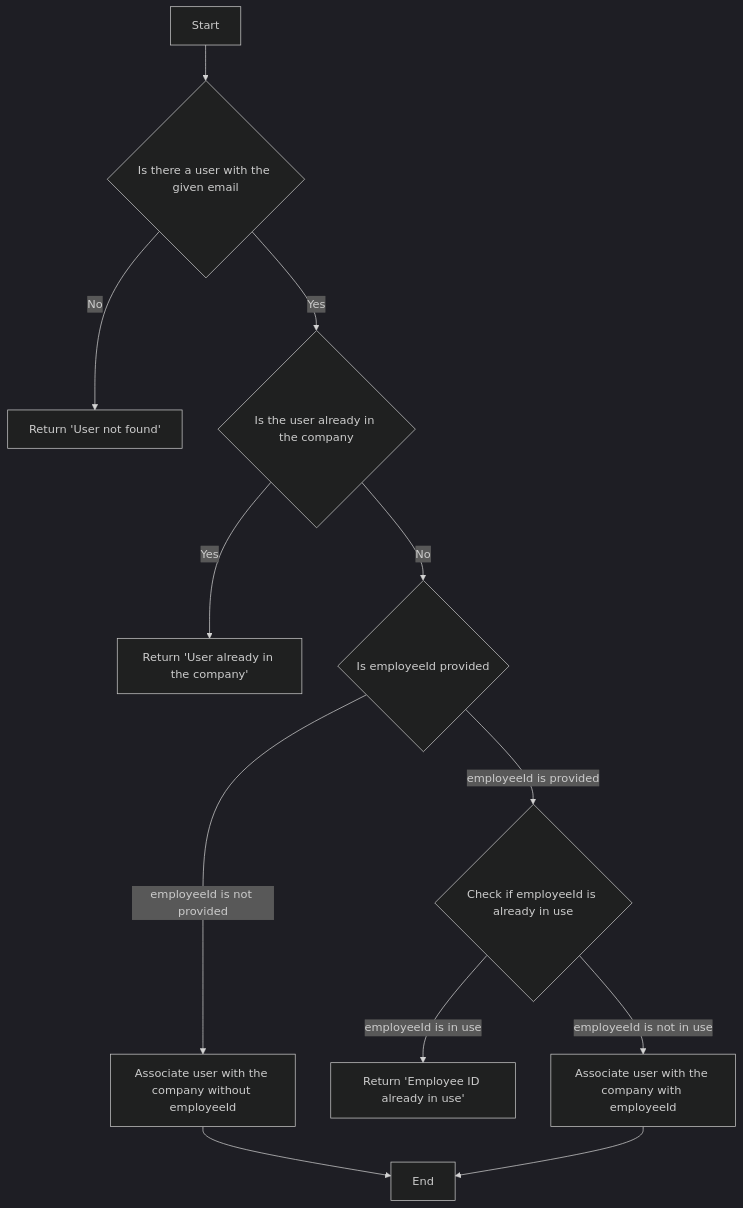
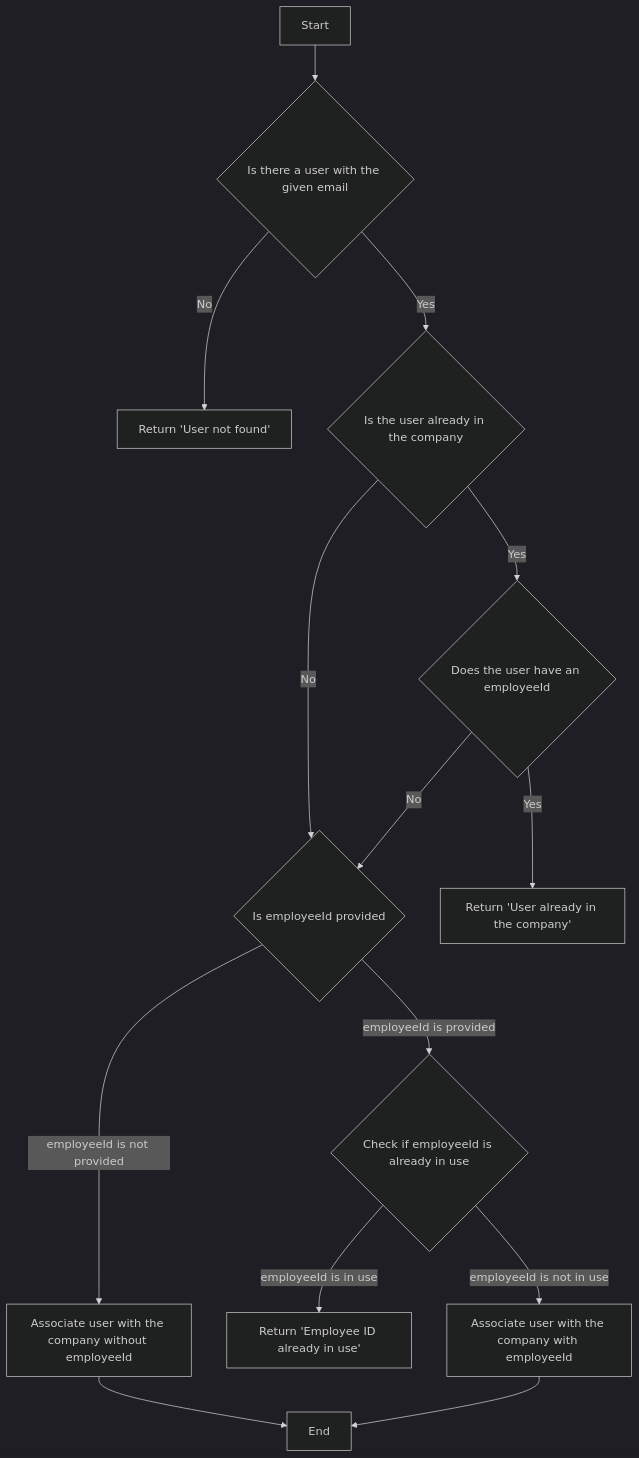
One commit to hestiatechnology/hestia-erp changed the diagram in docs/IdentityManagement/AddUserToCompany.md. Above: the diagram before and after it, drawn with Mermaid (dark theme).

Commit message:
refactor: Simplify logic for adding a user to a company

````diff
--- a/docs/IdentityManagement/AddUserToCompany.md
+++ b/docs/IdentityManagement/AddUserToCompany.md
@@ -2,16 +2,16 @@
 ```mermaid
 graph TD
     A[Start] --> G{Is there a user with the given email}
     G --> |No| H[Return 'User not found']
-
-
     G --> |Yes| I{Is the user already in the company}
-    I --> |Yes| J[Return 'User already in the company']
     I --> |No| K{Is employeeId provided}
     K --> |employeeId is not provided| L[Associate user with the company without employeeId]
     K --> |employeeId is provided| M{Check if employeeId is already in use}
     M --> |employeeId is in use| N[Return 'Employee ID already in use']
     M --> |employeeId is not in use| O[Associate user with the company with employeeId]
     L --> Q[End]
     O --> Q[End]
+    I --> |Yes| P{Does the user have an employeeId}
+    P --> |No| K
+    P --> |Yes| J[Return 'User already in the company']
 ```
````
